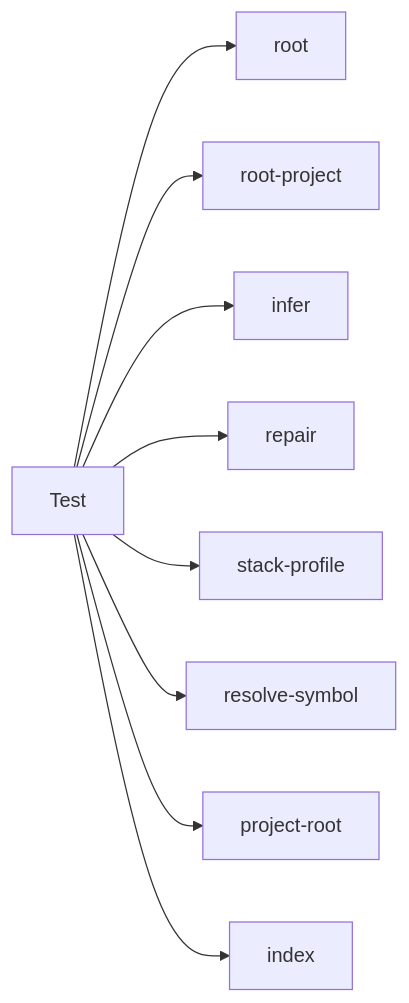
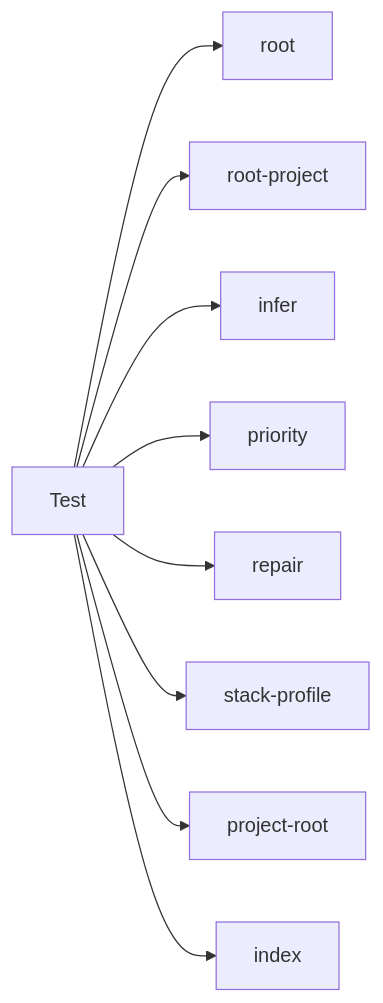
Before and after one commit to hellhellpnick/context-graph: the diagram in .cursor/rules/ctxgraph--test-bundle-p3.mdc, drawn with Mermaid. The commit also changed other lines of this file and 274 other files, not shown here.

````diff
--- a/.cursor/rules/ctxgraph--test-bundle-p3.mdc
+++ b/.cursor/rules/ctxgraph--test-bundle-p3.mdc
@@ -20,12 +20,12 @@
 ```mermaid
 graph LR
   Test[Test]
   Test --> root[root]
   Test --> root_project[root-project]
   Test --> infer[infer]
+  Test --> priority[priority]
   Test --> repair[repair]
   Test --> stack_profile[stack-profile]
-  Test --> resolve_symbol[resolve-symbol]
   Test --> project_root[project-root]
   Test --> index[index]
 ```
````
